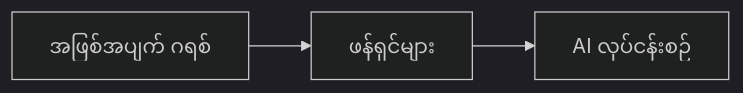
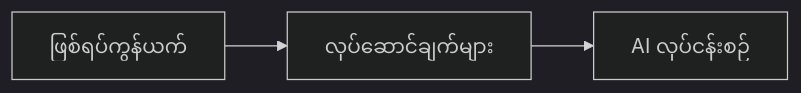
The second of 2 diagrams in translations/my/docs/chapter-08-production/README.md (microsoft/AZD-for-beginners), drawn with Mermaid (dark theme) before and after one commit. The commit also changed other lines of this file and 101 other files, not shown here.

````diff
--- a/translations/my/docs/chapter-08-production/README.md
+++ b/translations/my/docs/chapter-08-production/README.md
@@ -54,4 +56,4 @@
 ```mermaid
 graph LR
-    EventGrid[အဖြစ်အပျက် ဂရစ်] --> Functions[ဖန်ရှင်များ] --> Pipeline[AI လုပ်ငန်းစဉ်]
+    EventGrid[ဖြစ်ရပ်ကွန်ယက်] --> Functions[လုပ်ဆောင်ချက်များ] --> Pipeline[AI လုပ်ငန်းစဉ်]
 ```
````
